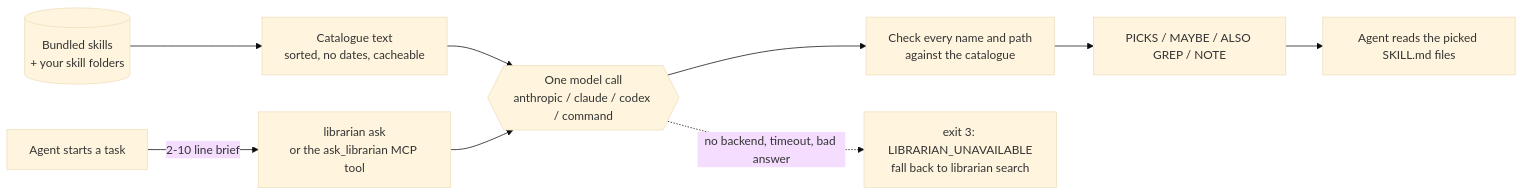
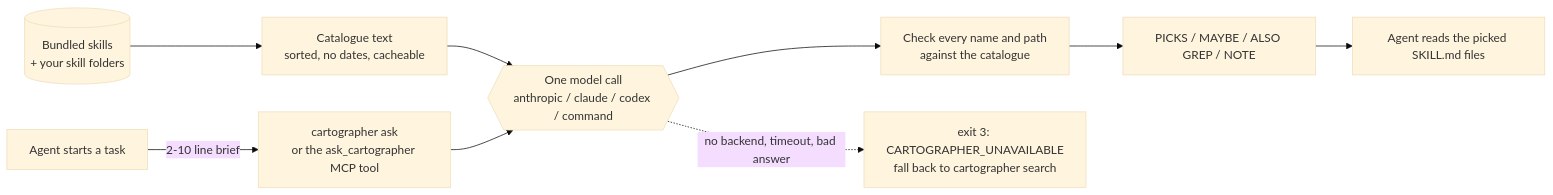
Before and after one commit to sheepk95/The-Cartographer: the diagram in README.md, drawn with Mermaid (base theme). The commit also changed other lines of this file and 38 other files, not shown here.

First line of the commit message:
Rename to The Cartographer; malformed answers exit 3

````diff
--- a/README.md
+++ b/README.md
@@ -41,11 +57,11 @@
 ```mermaid
 flowchart LR
-    A["Agent starts a task"] -->|"2-10 line brief"| Q["librarian ask<br/>or the ask_librarian MCP tool"]
+    A["Agent starts a task"] -->|"2-10 line brief"| Q["cartographer ask<br/>or the ask_cartographer MCP tool"]
     S[("Bundled skills<br/>+ your skill folders")] --> C["Catalogue text<br/>sorted, no dates, cacheable"]
     C --> M{{"One model call<br/>anthropic / claude / codex / command"}}
     Q --> M
     M --> K["Check every name and path<br/>against the catalogue"]
     K --> R["PICKS / MAYBE / ALSO GREP / NOTE"]
     R --> A2["Agent reads the picked SKILL.md files"]
-    M -.->|"no backend, timeout, bad answer"| U["exit 3: LIBRARIAN_UNAVAILABLE<br/>fall back to librarian search"]
+    M -.->|"no backend, timeout, bad answer"| U["exit 3: CARTOGRAPHER_UNAVAILABLE<br/>fall back to cartographer search"]
 ```
````
